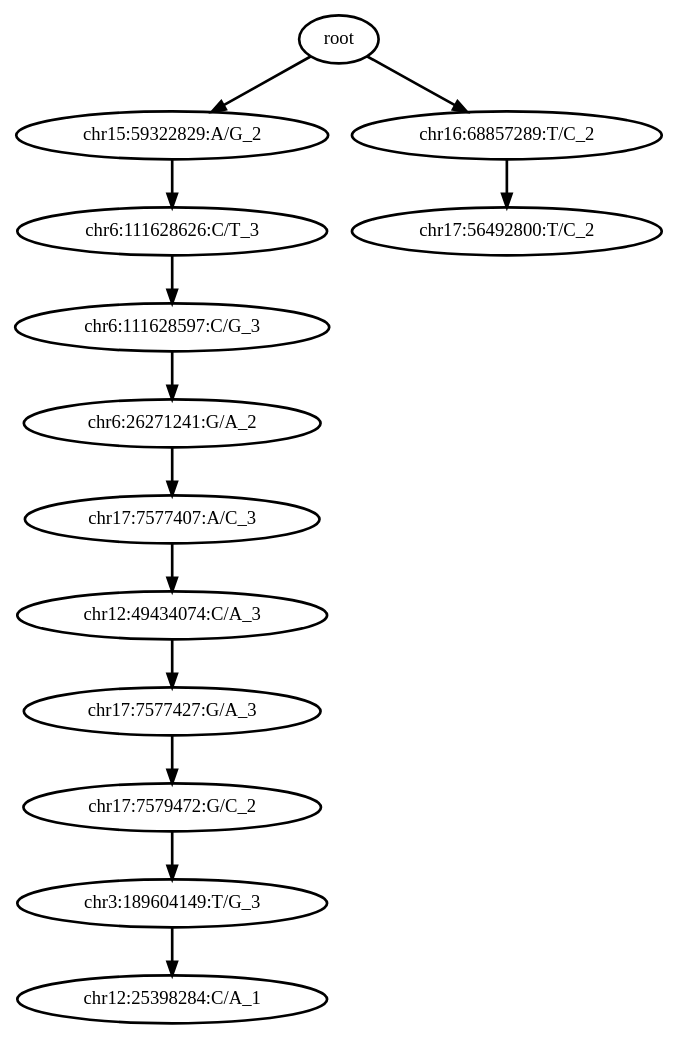
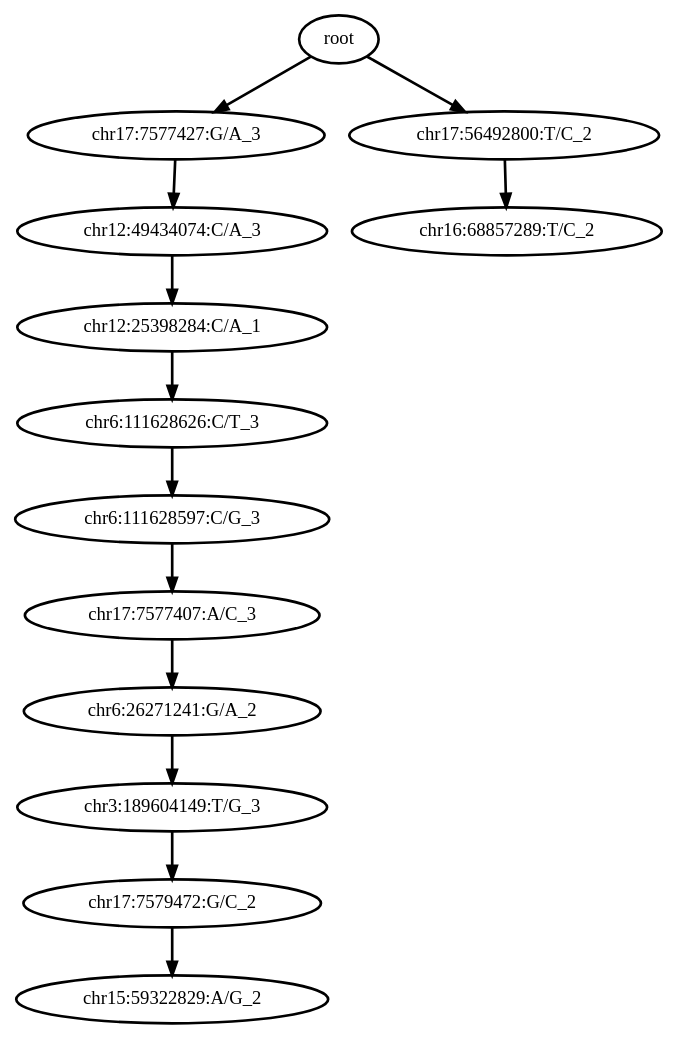
One commit to haochenz96/Tapestri_main_manuscript_analysis changed the diagram in 0_condor_pipeline/condor_outputs/RA16_08/out_tree_without_cells.dot. Above: the diagram before and after it, drawn with Graphviz. The commit also changed 104 other files, not shown here.

```diff
--- a/0_condor_pipeline/condor_outputs/RA16_08/out_tree_without_cells.dot
+++ b/0_condor_pipeline/condor_outputs/RA16_08/out_tree_without_cells.dot
@@ -1,29 +1,29 @@
 digraph N {
 	overlap="false"
 	rankdir="TB"
 	0 [label="root", style="bold"];
-	1 [label="chr15:59322829:A/G_2", style="bold"];
-	2 [label="chr6:111628626:C/T_3", style="bold"];
-	3 [label="chr6:111628597:C/G_3", style="bold"];
-	4 [label="chr6:26271241:G/A_2", style="bold"];
-	5 [label="chr17:7577407:A/C_3", style="bold"];
-	6 [label="chr12:49434074:C/A_3", style="bold"];
-	7 [label="chr17:7577427:G/A_3", style="bold"];
-	8 [label="chr17:7579472:G/C_2", style="bold"];
-	9 [label="chr3:189604149:T/G_3", style="bold"];
-	10 [label="chr12:25398284:C/A_1", style="bold"];
-	11 [label="chr16:68857289:T/C_2", style="bold"];
-	12 [label="chr17:56492800:T/C_2", style="bold"];
+	1 [label="chr17:7577427:G/A_3", style="bold"];
+	2 [label="chr12:49434074:C/A_3", style="bold"];
+	3 [label="chr12:25398284:C/A_1", style="bold"];
+	4 [label="chr6:111628626:C/T_3", style="bold"];
+	5 [label="chr6:111628597:C/G_3", style="bold"];
+	6 [label="chr17:7577407:A/C_3", style="bold"];
+	7 [label="chr6:26271241:G/A_2", style="bold"];
+	8 [label="chr3:189604149:T/G_3", style="bold"];
+	9 [label="chr17:7579472:G/C_2", style="bold"];
+	10 [label="chr15:59322829:A/G_2", style="bold"];
+	11 [label="chr17:56492800:T/C_2", style="bold"];
+	12 [label="chr16:68857289:T/C_2", style="bold"];
 	0 -> 1 [style="bold"];
 	0 -> 11 [style="bold"];
 	1 -> 2 [style="bold"];
 	2 -> 3 [style="bold"];
 	3 -> 4 [style="bold"];
 	4 -> 5 [style="bold"];
 	5 -> 6 [style="bold"];
 	6 -> 7 [style="bold"];
 	7 -> 8 [style="bold"];
 	8 -> 9 [style="bold"];
 	9 -> 10 [style="bold"];
 	11 -> 12 [style="bold"];
 }
```
